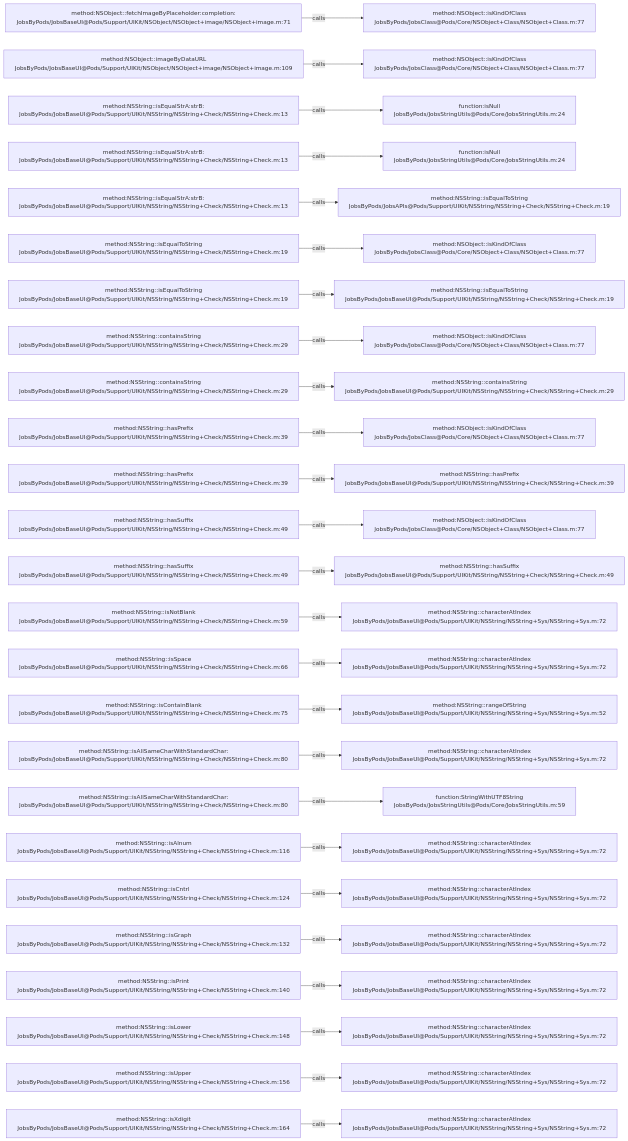
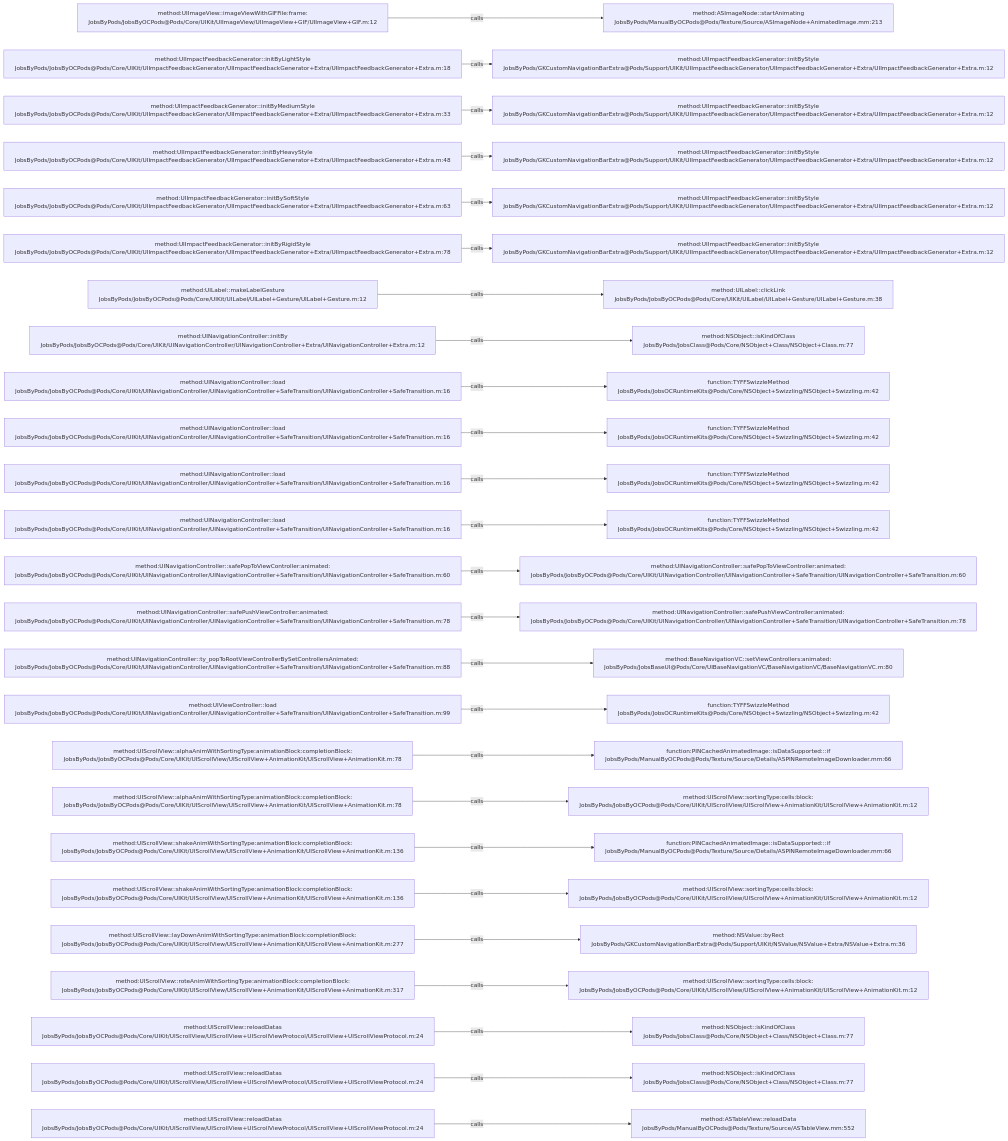
Before and after one commit to JobsKits/JobsOCBaseConfigDemo: the diagram in .codegraph/codegraph.md/graphs/calls-037.md, drawn with Mermaid. The commit also changed 573 other files, not shown here.

````diff
--- a/.codegraph/codegraph.md/graphs/calls-037.md
+++ b/.codegraph/codegraph.md/graphs/calls-037.md
@@ -13,78 +13,78 @@
 ```mermaid
 flowchart LR
-  S1["method:NSObject::fetchImageByPlaceholder:completion:<br/>JobsByPods/JobsBaseUI@Pods/Support/UIKit/NSObject/NSObject+image/NSObject+image.m:71"]
-  T1["method:NSObject::isKindOfClass<br/>JobsByPods/JobsClass@Pods/Core/NSObject+Class/NSObject+Class.m:77"]
+  S1["method:UIImageView::imageViewWithGIFFile:frame:<br/>JobsByPods/JobsByOCPods@Pods/Core/UIKit/UIImageView/UIImageView+GIF/UIImageView+GIF.m:12"]
+  T1["method:ASImageNode::startAnimating<br/>JobsByPods/ManualByOCPods@Pods/Texture/Source/ASImageNode+AnimatedImage.mm:213"]
   S1 -->|calls| T1
-  S2["method:NSObject::imageByDataURL<br/>JobsByPods/JobsBaseUI@Pods/Support/UIKit/NSObject/NSObject+image/NSObject+image.m:109"]
-  T2["method:NSObject::isKindOfClass<br/>JobsByPods/JobsClass@Pods/Core/NSObject+Class/NSObject+Class.m:77"]
+  S2["method:UIImpactFeedbackGenerator::initByLightStyle<br/>JobsByPods/JobsByOCPods@Pods/Core/UIKit/UIImpactFeedbackGenerator/UIImpactFeedbackGenerator+Extra/UIImpactFeedbackGenerator+Extra.m:18"]
+  T2["method:UIImpactFeedbackGenerator::initByStyle<br/>JobsByPods/GKCustomNavigationBarExtra@Pods/Support/UIKit/UIImpactFeedbackGenerator/UIImpactFeedbackGenerator+Extra/UIImpactFeedbackGenerator+Extra.m:12"]
   S2 -->|calls| T2
-  S3["method:NSString::isEqualStrA:strB:<br/>JobsByPods/JobsBaseUI@Pods/Support/UIKit/NSString/NSString+Check/NSString+Check.m:13"]
-  T3["function:isNull<br/>JobsByPods/JobsStringUtils@Pods/Core/JobsStringUtils.m:24"]
+  S3["method:UIImpactFeedbackGenerator::initByMediumStyle<br/>JobsByPods/JobsByOCPods@Pods/Core/UIKit/UIImpactFeedbackGenerator/UIImpactFeedbackGenerator+Extra/UIImpactFeedbackGenerator+Extra.m:33"]
+  T3["method:UIImpactFeedbackGenerator::initByStyle<br/>JobsByPods/GKCustomNavigationBarExtra@Pods/Support/UIKit/UIImpactFeedbackGenerator/UIImpactFeedbackGenerator+Extra/UIImpactFeedbackGenerator+Extra.m:12"]
   S3 -->|calls| T3
-  S4["method:NSString::isEqualStrA:strB:<br/>JobsByPods/JobsBaseUI@Pods/Support/UIKit/NSString/NSString+Check/NSString+Check.m:13"]
-  T4["function:isNull<br/>JobsByPods/JobsStringUtils@Pods/Core/JobsStringUtils.m:24"]
+  S4["method:UIImpactFeedbackGenerator::initByHeavyStyle<br/>JobsByPods/JobsByOCPods@Pods/Core/UIKit/UIImpactFeedbackGenerator/UIImpactFeedbackGenerator+Extra/UIImpactFeedbackGenerator+Extra.m:48"]
+  T4["method:UIImpactFeedbackGenerator::initByStyle<br/>JobsByPods/GKCustomNavigationBarExtra@Pods/Support/UIKit/UIImpactFeedbackGenerator/UIImpactFeedbackGenerator+Extra/UIImpactFeedbackGenerator+Extra.m:12"]
   S4 -->|calls| T4
-  S5["method:NSString::isEqualStrA:strB:<br/>JobsByPods/JobsBaseUI@Pods/Support/UIKit/NSString/NSString+Check/NSString+Check.m:13"]
-  T5["method:NSString::isEqualToString<br/>JobsByPods/JobsAPIs@Pods/Support/UIKit/NSString/NSString+Check/NSString+Check.m:19"]
+  S5["method:UIImpactFeedbackGenerator::initBySoftStyle<br/>JobsByPods/JobsByOCPods@Pods/Core/UIKit/UIImpactFeedbackGenerator/UIImpactFeedbackGenerator+Extra/UIImpactFeedbackGenerator+Extra.m:63"]
+  T5["method:UIImpactFeedbackGenerator::initByStyle<br/>JobsByPods/GKCustomNavigationBarExtra@Pods/Support/UIKit/UIImpactFeedbackGenerator/UIImpactFeedbackGenerator+Extra/UIImpactFeedbackGenerator+Extra.m:12"]
   S5 -->|calls| T5
-  S6["method:NSString::isEqualToString<br/>JobsByPods/JobsBaseUI@Pods/Support/UIKit/NSString/NSString+Check/NSString+Check.m:19"]
-  T6["method:NSObject::isKindOfClass<br/>JobsByPods/JobsClass@Pods/Core/NSObject+Class/NSObject+Class.m:77"]
+  S6["method:UIImpactFeedbackGenerator::initByRigidStyle<br/>JobsByPods/JobsByOCPods@Pods/Core/UIKit/UIImpactFeedbackGenerator/UIImpactFeedbackGenerator+Extra/UIImpactFeedbackGenerator+Extra.m:78"]
+  T6["method:UIImpactFeedbackGenerator::initByStyle<br/>JobsByPods/GKCustomNavigationBarExtra@Pods/Support/UIKit/UIImpactFeedbackGenerator/UIImpactFeedbackGenerator+Extra/UIImpactFeedbackGenerator+Extra.m:12"]
   S6 -->|calls| T6
-  S7["method:NSString::isEqualToString<br/>JobsByPods/JobsBaseUI@Pods/Support/UIKit/NSString/NSString+Check/NSString+Check.m:19"]
-  T7["method:NSString::isEqualToString<br/>JobsByPods/JobsBaseUI@Pods/Support/UIKit/NSString/NSString+Check/NSString+Check.m:19"]
+  S7["method:UILabel::makeLabelGesture<br/>JobsByPods/JobsByOCPods@Pods/Core/UIKit/UILabel/UILabel+Gesture/UILabel+Gesture.m:12"]
+  T7["method:UILabel::clickLink<br/>JobsByPods/JobsByOCPods@Pods/Core/UIKit/UILabel/UILabel+Gesture/UILabel+Gesture.m:38"]
   S7 -->|calls| T7
-  S8["method:NSString::containsString<br/>JobsByPods/JobsBaseUI@Pods/Support/UIKit/NSString/NSString+Check/NSString+Check.m:29"]
+  S8["method:UINavigationController::initBy<br/>JobsByPods/JobsByOCPods@Pods/Core/UIKit/UINavigationController/UINavigationController+Extra/UINavigationController+Extra.m:12"]
   T8["method:NSObject::isKindOfClass<br/>JobsByPods/JobsClass@Pods/Core/NSObject+Class/NSObject+Class.m:77"]
   S8 -->|calls| T8
-  S9["method:NSString::containsString<br/>JobsByPods/JobsBaseUI@Pods/Support/UIKit/NSString/NSString+Check/NSString+Check.m:29"]
-  T9["method:NSString::containsString<br/>JobsByPods/JobsBaseUI@Pods/Support/UIKit/NSString/NSString+Check/NSString+Check.m:29"]
+  S9["method:UINavigationController::load<br/>JobsByPods/JobsByOCPods@Pods/Core/UIKit/UINavigationController/UINavigationController+SafeTransition/UINavigationController+SafeTransition.m:16"]
+  T9["function:TYFFSwizzleMethod<br/>JobsByPods/JobsOCRuntimeKits@Pods/Core/NSObject+Swizzling/NSObject+Swizzling.m:42"]
   S9 -->|calls| T9
-  S10["method:NSString::hasPrefix<br/>JobsByPods/JobsBaseUI@Pods/Support/UIKit/NSString/NSString+Check/NSString+Check.m:39"]
-  T10["method:NSObject::isKindOfClass<br/>JobsByPods/JobsClass@Pods/Core/NSObject+Class/NSObject+Class.m:77"]
+  S10["method:UINavigationController::load<br/>JobsByPods/JobsByOCPods@Pods/Core/UIKit/UINavigationController/UINavigationController+SafeTransition/UINavigationController+SafeTransition.m:16"]
+  T10["function:TYFFSwizzleMethod<br/>JobsByPods/JobsOCRuntimeKits@Pods/Core/NSObject+Swizzling/NSObject+Swizzling.m:42"]
   S10 -->|calls| T10
-  S11["method:NSString::hasPrefix<br/>JobsByPods/JobsBaseUI@Pods/Support/UIKit/NSString/NSString+Check/NSString+Check.m:39"]
-  T11["method:NSString::hasPrefix<br/>JobsByPods/JobsBaseUI@Pods/Support/UIKit/NSString/NSString+Check/NSString+Check.m:39"]
+  S11["method:UINavigationController::load<br/>JobsByPods/JobsByOCPods@Pods/Core/UIKit/UINavigationController/UINavigationController+SafeTransition/UINavigationController+SafeTransition.m:16"]
+  T11["function:TYFFSwizzleMethod<br/>JobsByPods/JobsOCRuntimeKits@Pods/Core/NSObject+Swizzling/NSObject+Swizzling.m:42"]
   S11 -->|calls| T11
-  S12["method:NSString::hasSuffix<br/>JobsByPods/JobsBaseUI@Pods/Support/UIKit/NSString/NSString+Check/NSString+Check.m:49"]
-  T12["method:NSObject::isKindOfClass<br/>JobsByPods/JobsClass@Pods/Core/NSObject+Class/NSObject+Class.m:77"]
+  S12["method:UINavigationController::load<br/>JobsByPods/JobsByOCPods@Pods/Core/UIKit/UINavigationController/UINavigationController+SafeTransition/UINavigationController+SafeTransition.m:16"]
+  T12["function:TYFFSwizzleMethod<br/>JobsByPods/JobsOCRuntimeKits@Pods/Core/NSObject+Swizzling/NSObject+Swizzling.m:42"]
   S12 -->|calls| T12
-  S13["method:NSString::hasSuffix<br/>JobsByPods/JobsBaseUI@Pods/Support/UIKit/NSString/NSString+Check/NSString+Check.m:49"]
-  T13["method:NSString::hasSuffix<br/>JobsByPods/JobsBaseUI@Pods/Support/UIKit/NSString/NSString+Check/NSString+Check.m:49"]
+  S13["method:UINavigationController::safePopToViewController:animated:<br/>JobsByPods/JobsByOCPods@Pods/Core/UIKit/UINavigationController/UINavigationController+SafeTransition/UINavigationController+SafeTransition.m:60"]
+  T13["method:UINavigationController::safePopToViewController:animated:<br/>JobsByPods/JobsByOCPods@Pods/Core/UIKit/UINavigationController/UINavigationController+SafeTransition/UINavigationController+SafeTransition.m:60"]
   S13 -->|calls| T13
-  S14["method:NSString::isNotBlank<br/>JobsByPods/JobsBaseUI@Pods/Support/UIKit/NSString/NSString+Check/NSString+Check.m:59"]
-  T14["method:NSString::characterAtIndex<br/>JobsByPods/JobsBaseUI@Pods/Support/UIKit/NSString/NSString+Sys/NSString+Sys.m:72"]
+  S14["method:UINavigationController::safePushViewController:animated:<br/>JobsByPods/JobsByOCPods@Pods/Core/UIKit/UINavigationController/UINavigationController+SafeTransition/UINavigationController+SafeTransition.m:78"]
+  T14["method:UINavigationController::safePushViewController:animated:<br/>JobsByPods/JobsByOCPods@Pods/Core/UIKit/UINavigationController/UINavigationController+SafeTransition/UINavigationController+SafeTransition.m:78"]
   S14 -->|calls| T14
-  S15["method:NSString::isSpace<br/>JobsByPods/JobsBaseUI@Pods/Support/UIKit/NSString/NSString+Check/NSString+Check.m:66"]
-  T15["method:NSString::characterAtIndex<br/>JobsByPods/JobsBaseUI@Pods/Support/UIKit/NSString/NSString+Sys/NSString+Sys.m:72"]
+  S15["method:UINavigationController::ty_popToRootViewControllerBySetControllersAnimated:<br/>JobsByPods/JobsByOCPods@Pods/Core/UIKit/UINavigationController/UINavigationController+SafeTransition/UINavigationController+SafeTransition.m:88"]
+  T15["method:BaseNavigationVC::setViewControllers:animated:<br/>JobsByPods/JobsBaseUI@Pods/Core/UIBaseNavigationVC/BaseNavigationVC/BaseNavigationVC.m:80"]
   S15 -->|calls| T15
-  S16["method:NSString::isContainBlank<br/>JobsByPods/JobsBaseUI@Pods/Support/UIKit/NSString/NSString+Check/NSString+Check.m:75"]
-  T16["method:NSString::rangeOfString<br/>JobsByPods/JobsBaseUI@Pods/Support/UIKit/NSString/NSString+Sys/NSString+Sys.m:52"]
+  S16["method:UIViewController::load<br/>JobsByPods/JobsByOCPods@Pods/Core/UIKit/UINavigationController/UINavigationController+SafeTransition/UINavigationController+SafeTransition.m:99"]
+  T16["function:TYFFSwizzleMethod<br/>JobsByPods/JobsOCRuntimeKits@Pods/Core/NSObject+Swizzling/NSObject+Swizzling.m:42"]
   S16 -->|calls| T16
-  S17["method:NSString::isAllSameCharWithStandardChar:<br/>JobsByPods/JobsBaseUI@Pods/Support/UIKit/NSString/NSString+Check/NSString+Check.m:80"]
-  T17["method:NSString::characterAtIndex<br/>JobsByPods/JobsBaseUI@Pods/Support/UIKit/NSString/NSString+Sys/NSString+Sys.m:72"]
+  S17["method:UIScrollView::alphaAnimWithSortingType:animationBlock:completionBlock:<br/>JobsByPods/JobsByOCPods@Pods/Core/UIKit/UIScrollView/UIScrollView+AnimationKit/UIScrollView+AnimationKit.m:78"]
+  T17["function:PINCachedAnimatedImage::isDataSupported:::if<br/>JobsByPods/ManualByOCPods@Pods/Texture/Source/Details/ASPINRemoteImageDownloader.mm:66"]
   S17 -->|calls| T17
-  S18["method:NSString::isAllSameCharWithStandardChar:<br/>JobsByPods/JobsBaseUI@Pods/Support/UIKit/NSString/NSString+Check/NSString+Check.m:80"]
-  T18["function:StringWithUTF8String<br/>JobsByPods/JobsStringUtils@Pods/Core/JobsStringUtils.m:59"]
+  S18["method:UIScrollView::alphaAnimWithSortingType:animationBlock:completionBlock:<br/>JobsByPods/JobsByOCPods@Pods/Core/UIKit/UIScrollView/UIScrollView+AnimationKit/UIScrollView+AnimationKit.m:78"]
+  T18["method:UIScrollView::sortingType:cells:block:<br/>JobsByPods/JobsByOCPods@Pods/Core/UIKit/UIScrollView/UIScrollView+AnimationKit/UIScrollView+AnimationKit.m:12"]
   S18 -->|calls| T18
-  S19["method:NSString::isAlnum<br/>JobsByPods/JobsBaseUI@Pods/Support/UIKit/NSString/NSString+Check/NSString+Check.m:116"]
-  T19["method:NSString::characterAtIndex<br/>JobsByPods/JobsBaseUI@Pods/Support/UIKit/NSString/NSString+Sys/NSString+Sys.m:72"]
+  S19["method:UIScrollView::shakeAnimWithSortingType:animationBlock:completionBlock:<br/>JobsByPods/JobsByOCPods@Pods/Core/UIKit/UIScrollView/UIScrollView+AnimationKit/UIScrollView+AnimationKit.m:136"]
+  T19["function:PINCachedAnimatedImage::isDataSupported:::if<br/>JobsByPods/ManualByOCPods@Pods/Texture/Source/Details/ASPINRemoteImageDownloader.mm:66"]
   S19 -->|calls| T19
-  S20["method:NSString::isCntrl<br/>JobsByPods/JobsBaseUI@Pods/Support/UIKit/NSString/NSString+Check/NSString+Check.m:124"]
-  T20["method:NSString::characterAtIndex<br/>JobsByPods/JobsBaseUI@Pods/Support/UIKit/NSString/NSString+Sys/NSString+Sys.m:72"]
+  S20["method:UIScrollView::shakeAnimWithSortingType:animationBlock:completionBlock:<br/>JobsByPods/JobsByOCPods@Pods/Core/UIKit/UIScrollView/UIScrollView+AnimationKit/UIScrollView+AnimationKit.m:136"]
+  T20["method:UIScrollView::sortingType:cells:block:<br/>JobsByPods/JobsByOCPods@Pods/Core/UIKit/UIScrollView/UIScrollView+AnimationKit/UIScrollView+AnimationKit.m:12"]
   S20 -->|calls| T20
-  S21["method:NSString::isGraph<br/>JobsByPods/JobsBaseUI@Pods/Support/UIKit/NSString/NSString+Check/NSString+Check.m:132"]
-  T21["method:NSString::characterAtIndex<br/>JobsByPods/JobsBaseUI@Pods/Support/UIKit/NSString/NSString+Sys/NSString+Sys.m:72"]
+  S21["method:UIScrollView::layDownAnimWithSortingType:animationBlock:completionBlock:<br/>JobsByPods/JobsByOCPods@Pods/Core/UIKit/UIScrollView/UIScrollView+AnimationKit/UIScrollView+AnimationKit.m:277"]
+  T21["method:NSValue::byRect<br/>JobsByPods/GKCustomNavigationBarExtra@Pods/Support/UIKit/NSValue/NSValue+Extra/NSValue+Extra.m:36"]
   S21 -->|calls| T21
-  S22["method:NSString::isPrint<br/>JobsByPods/JobsBaseUI@Pods/Support/UIKit/NSString/NSString+Check/NSString+Check.m:140"]
-  T22["method:NSString::characterAtIndex<br/>JobsByPods/JobsBaseUI@Pods/Support/UIKit/NSString/NSString+Sys/NSString+Sys.m:72"]
+  S22["method:UIScrollView::roteAnimWithSortingType:animationBlock:completionBlock:<br/>JobsByPods/JobsByOCPods@Pods/Core/UIKit/UIScrollView/UIScrollView+AnimationKit/UIScrollView+AnimationKit.m:317"]
+  T22["method:UIScrollView::sortingType:cells:block:<br/>JobsByPods/JobsByOCPods@Pods/Core/UIKit/UIScrollView/UIScrollView+AnimationKit/UIScrollView+AnimationKit.m:12"]
   S22 -->|calls| T22
-  S23["method:NSString::isLower<br/>JobsByPods/JobsBaseUI@Pods/Support/UIKit/NSString/NSString+Check/NSString+Check.m:148"]
-  T23["method:NSString::characterAtIndex<br/>JobsByPods/JobsBaseUI@Pods/Support/UIKit/NSString/NSString+Sys/NSString+Sys.m:72"]
+  S23["method:UIScrollView::reloadDatas<br/>JobsByPods/JobsByOCPods@Pods/Core/UIKit/UIScrollView/UIScrollView+UIScrollViewProtocol/UIScrollView+UIScrollViewProtocol.m:24"]
+  T23["method:NSObject::isKindOfClass<br/>JobsByPods/JobsClass@Pods/Core/NSObject+Class/NSObject+Class.m:77"]
   S23 -->|calls| T23
-  S24["method:NSString::isUpper<br/>JobsByPods/JobsBaseUI@Pods/Support/UIKit/NSString/NSString+Check/NSString+Check.m:156"]
-  T24["method:NSString::characterAtIndex<br/>JobsByPods/JobsBaseUI@Pods/Support/UIKit/NSString/NSString+Sys/NSString+Sys.m:72"]
+  S24["method:UIScrollView::reloadDatas<br/>JobsByPods/JobsByOCPods@Pods/Core/UIKit/UIScrollView/UIScrollView+UIScrollViewProtocol/UIScrollView+UIScrollViewProtocol.m:24"]
+  T24["method:NSObject::isKindOfClass<br/>JobsByPods/JobsClass@Pods/Core/NSObject+Class/NSObject+Class.m:77"]
   S24 -->|calls| T24
-  S25["method:NSString::isXdigit<br/>JobsByPods/JobsBaseUI@Pods/Support/UIKit/NSString/NSString+Check/NSString+Check.m:164"]
-  T25["method:NSString::characterAtIndex<br/>JobsByPods/JobsBaseUI@Pods/Support/UIKit/NSString/NSString+Sys/NSString+Sys.m:72"]
+  S25["method:UIScrollView::reloadDatas<br/>JobsByPods/JobsByOCPods@Pods/Core/UIKit/UIScrollView/UIScrollView+UIScrollViewProtocol/UIScrollView+UIScrollViewProtocol.m:24"]
+  T25["method:ASTableView::reloadData<br/>JobsByPods/ManualByOCPods@Pods/Texture/Source/ASTableView.mm:552"]
   S25 -->|calls| T25
 ```
````
